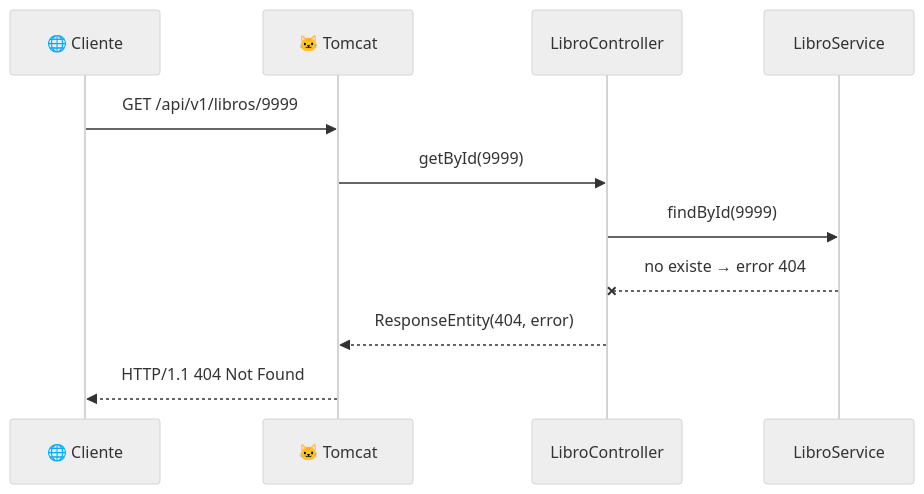
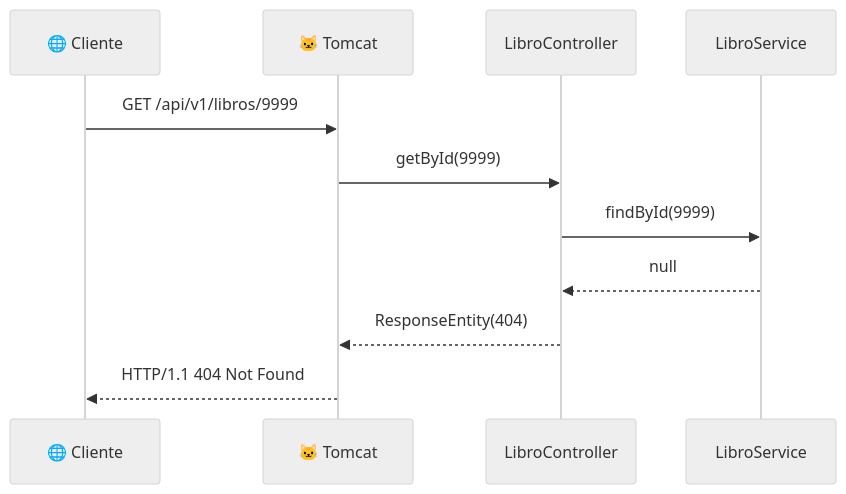
One commit to aitorventura/programacion-servicios-procesos changed the second of 2 diagrams in docs/tema1/protocolos-y-rest.md. Above: the diagram before and after it, drawn with Mermaid (neutral theme). The commit also changed other lines of this file and 3 other files, not shown here.

````diff
--- a/docs/tema1/protocolos-y-rest.md
+++ b/docs/tema1/protocolos-y-rest.md
@@ -179,14 +199,14 @@
 ```mermaid
 sequenceDiagram
     participant Cliente as 🌐 Cliente
     participant Tomcat as 🐱 Tomcat
     participant Controller as LibroController
     participant Service as LibroService
 
     Cliente->>Tomcat: GET /api/v1/libros/9999
     Tomcat->>Controller: getById(9999)
     Controller->>Service: findById(9999)
-    Service--xController: no existe → error 404
-    Controller-->>Tomcat: ResponseEntity(404, error)
+    Service-->>Controller: null
+    Controller-->>Tomcat: ResponseEntity(404)
     Tomcat-->>Cliente: HTTP/1.1 404 Not Found
 ```
````
